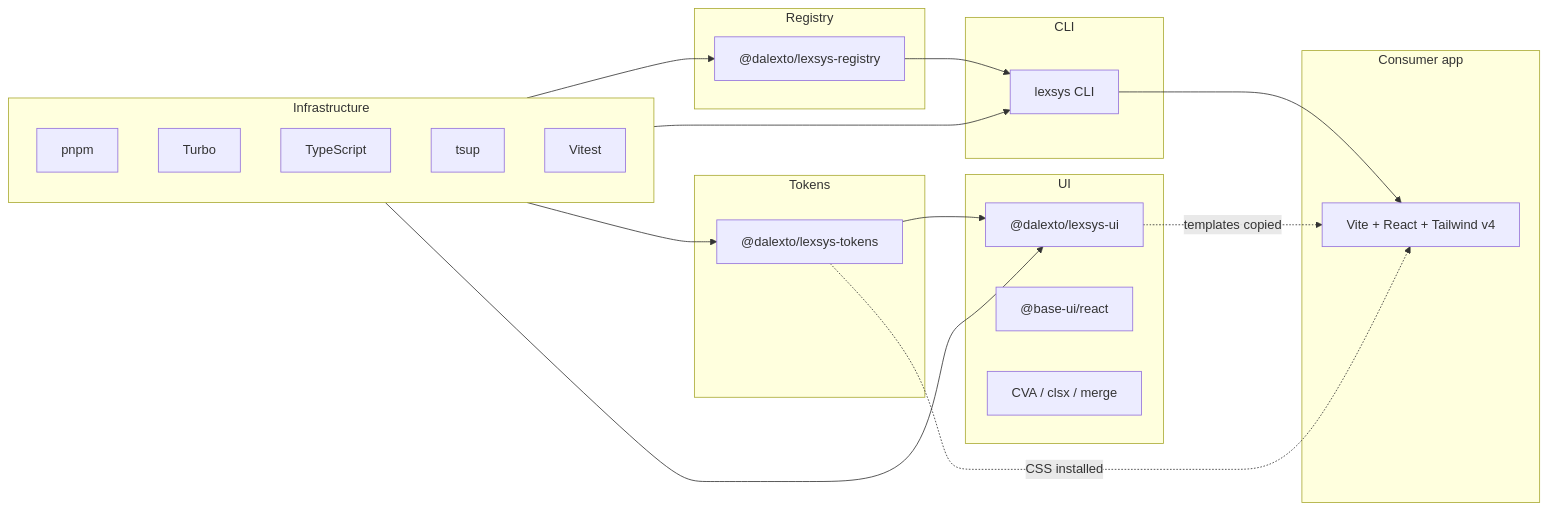
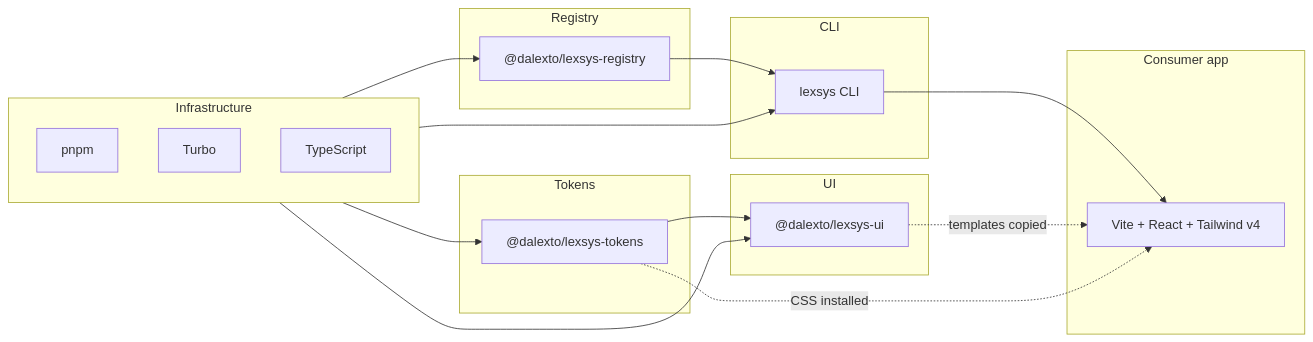
Before and after one commit to DaLexto/lexsys-ui: the diagram in .cursor/rules/tech-stack.mdc, drawn with Mermaid. The commit also changed other lines of this file and 5 other files, not shown here.

````diff
--- a/.cursor/rules/tech-stack.mdc
+++ b/.cursor/rules/tech-stack.mdc
@@ -329,36 +116,32 @@
 ```mermaid
 flowchart LR
   subgraph infra [Infrastructure]
     pnpm[pnpm]
     turbo[Turbo]
     tsc[TypeScript]
-    tsup[tsup]
-    vitest[Vitest]
   end
   subgraph tokens [Tokens]
     tok["@dalexto/lexsys-tokens"]
   end
   subgraph ui [UI]
     u["@dalexto/lexsys-ui"]
-    base["@base-ui/react"]
-    cva[CVA / clsx / merge]
   end
   subgraph reg [Registry]
     r["@dalexto/lexsys-registry"]
   end
   subgraph cli [CLI]
     c[lexsys CLI]
   end
   subgraph consumer [Consumer app]
     app[Vite + React + Tailwind v4]
   end
   infra --> tok
   infra --> u
   infra --> r
   infra --> c
   tok --> u
   r --> c
   c --> app
   u -.->|templates copied| app
   tok -.->|CSS installed| app
 ```
````
